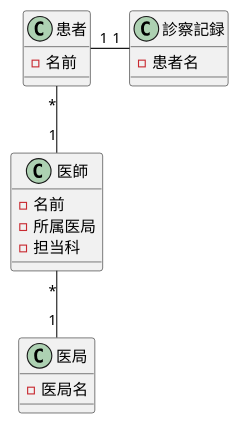
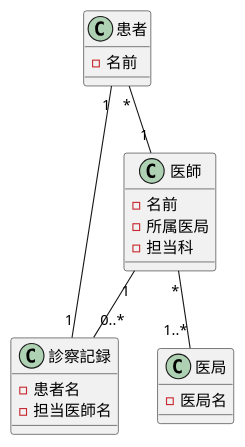
One commit to allface017/uml-introduction changed the diagram in 演習3-2_CL_医師と患者と医局と診療記録.pu. Above: the diagram before and after it, drawn with PlantUML. The commit also changed 1 other file, not shown here.

```diff
--- a/演習3-2_CL_医師と患者と医局と診療記録.pu
+++ b/演習3-2_CL_医師と患者と医局と診療記録.pu
@@ -1,24 +1,27 @@
 @startuml 医局図
 ' left to right direction
 class "医師" as IC {
 -名前
 -所属医局
 -担当科
 }
+
 class "患者" as K {
-    -名前
-
+-名前
 }
 
 class "診察記録" as AN {
-    -患者名
+-患者名
+-担当医師名
 }
+
 class "医局" as EK {
-    -医局名
+-医局名
 }
 
 K "1" -ri- "1" AN
 K "*" -down- "1" IC
-IC "*" -down- "1" EK
+IC "*" -down- "1..*" EK
+IC "1" -down- "0..*" AN
 
 @enduml
```
